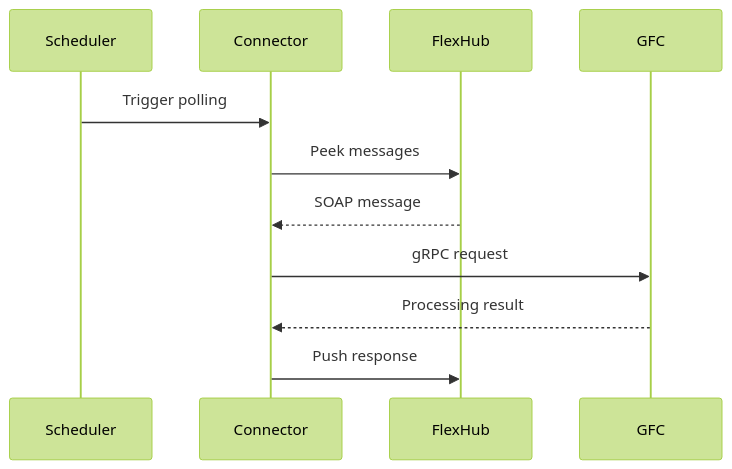
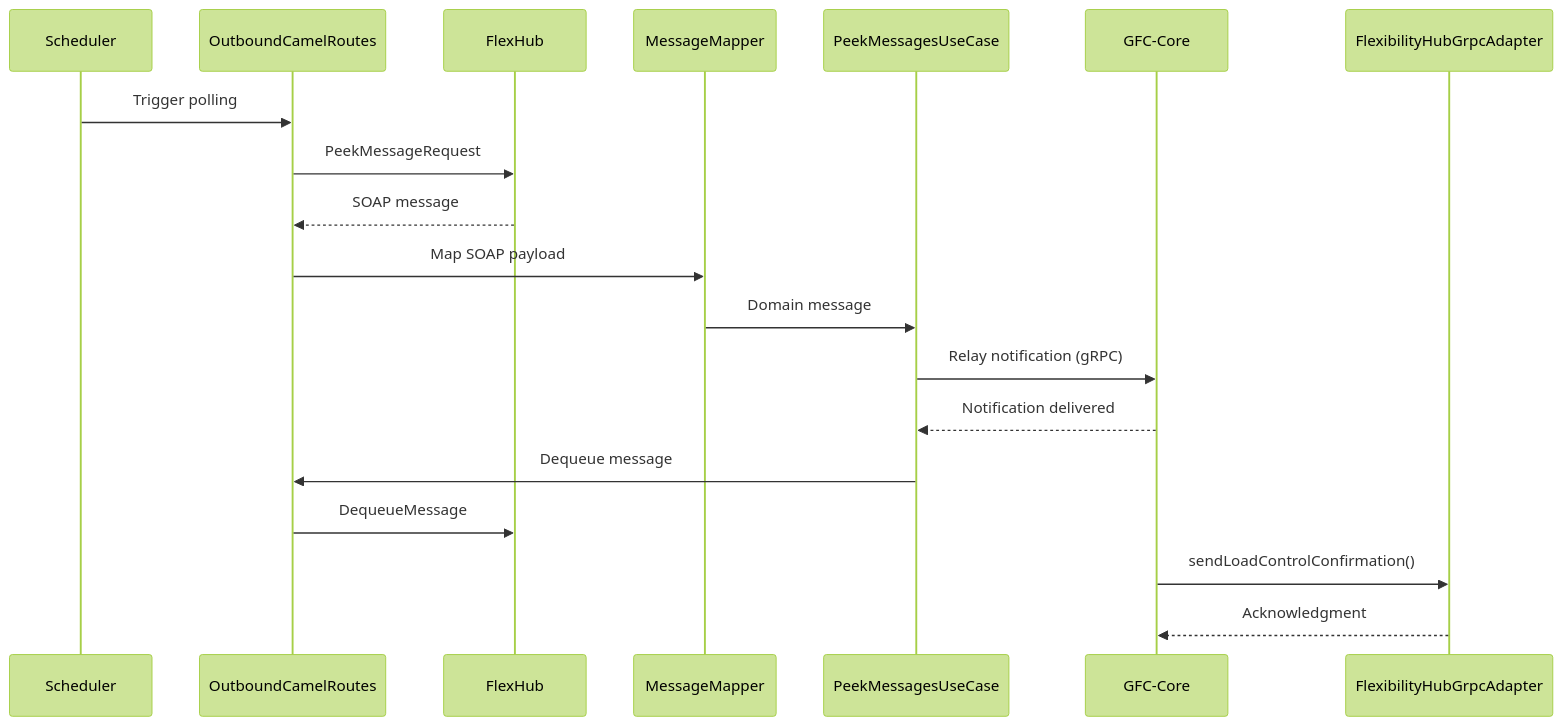
The fifth of 5 diagrams in app/fhc/README.md (sbhrwl/microservices), drawn with Mermaid (forest theme) before and after one commit. The commit also changed other lines of this file, not shown here.

First line of the commit message:
Revise message flow and processing lifecycle sections

````diff
--- a/app/fhc/README.md
+++ b/app/fhc/README.md
@@ -243,13 +239,22 @@
 ```mermaid
 sequenceDiagram
     participant Scheduler
-    participant Connector
+    participant Camel as OutboundCamelRoutes
     participant FlexHub
-    participant GFC
-    Scheduler->>Connector: Trigger polling
-    Connector->>FlexHub: Peek messages
-    FlexHub-->>Connector: SOAP message
-    Connector->>GFC: gRPC request
-    GFC-->>Connector: Processing result
-    Connector->>FlexHub: Push response
+    participant Mapper as MessageMapper
+    participant UseCase as PeekMessagesUseCase
+    participant GFC as GFC-Core
+    participant Adapter as FlexibilityHubGrpcAdapter
+
+    Scheduler->>Camel: Trigger polling
+    Camel->>FlexHub: PeekMessageRequest
+    FlexHub-->>Camel: SOAP message
+    Camel->>Mapper: Map SOAP payload
+    Mapper->>UseCase: Domain message
+    UseCase->>GFC: Relay notification (gRPC)
+    GFC-->>UseCase: Notification delivered
+    UseCase->>Camel: Dequeue message
+    Camel->>FlexHub: DequeueMessage
+    GFC->>Adapter: sendLoadControlConfirmation()
+    Adapter-->>GFC: Acknowledgment
 ```
````
